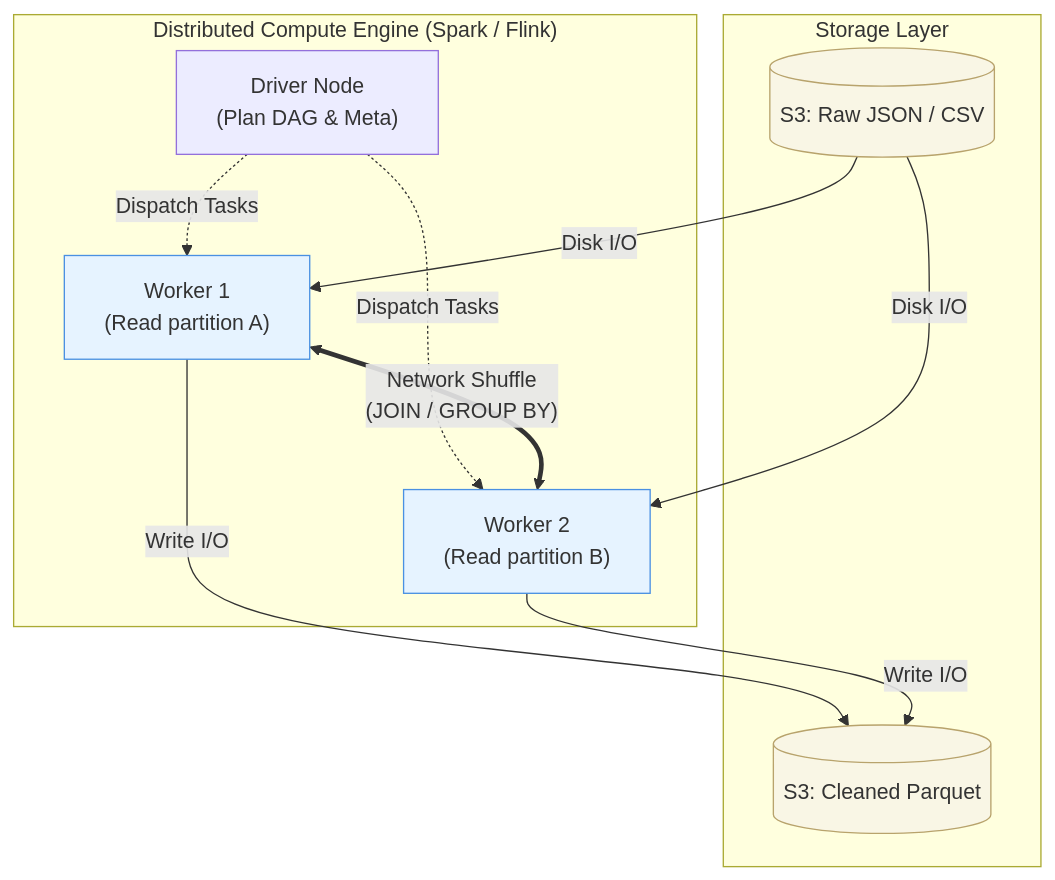
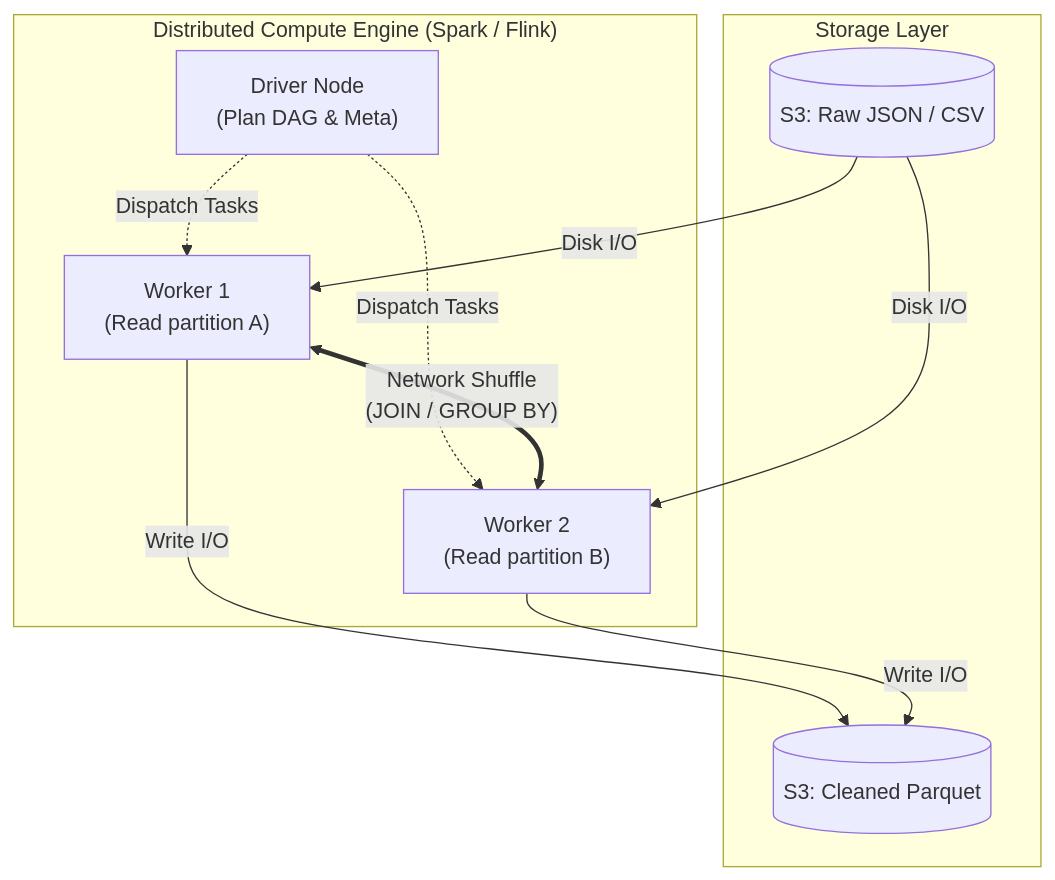
Before and after one commit to kythuatdulieu/kythuatdulieu.github.io: the diagram in src/content/docs/concepts/1-distributed-systems-architecture/data-pipeline.md, drawn with Mermaid. The commit also changed 682 other files, not shown here.

````diff
--- a/src/content/docs/concepts/1-distributed-systems-architecture/data-pipeline.md
+++ b/src/content/docs/concepts/1-distributed-systems-architecture/data-pipeline.md
@@ -35,29 +35,28 @@
 ```mermaid
 graph TD
     subgraph Storage Layer
         S3_Raw[("S3: Raw JSON / CSV")] 
         S3_Clean[("S3: Cleaned Parquet")]
     end
 
     subgraph Compute_Cluster["Distributed Compute Engine (Spark / Flink)"]
         Driver["Driver Node<br>(Plan DAG & Meta)"]
         Worker1["Worker 1<br>(Read partition A)"]
         Worker2["Worker 2<br>(Read partition B)"]
         
         Driver -.->|Dispatch Tasks| Worker1
         Driver -.->|Dispatch Tasks| Worker2
         
         S3_Raw -->|Disk I/O| Worker1
         S3_Raw -->|Disk I/O| Worker2
         
         Worker1 <==>|"Network Shuffle<br>(JOIN / GROUP BY)"| Worker2
         
         Worker1 -->|Write I/O| S3_Clean
         Worker2 -->|Write I/O| S3_Clean
     end
-    
-    style S3_Raw fill:#f9f6e5,stroke:#b8a36c
-    style S3_Clean fill:#f9f6e5,stroke:#b8a36c
-    style Worker1 fill:#e6f3ff,stroke:#4a90e2
-    style Worker2 fill:#e6f3ff,stroke:#4a90e2
+
+
+
+
 ```
````
